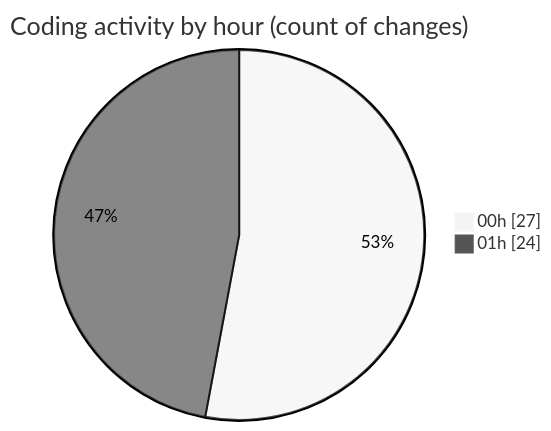
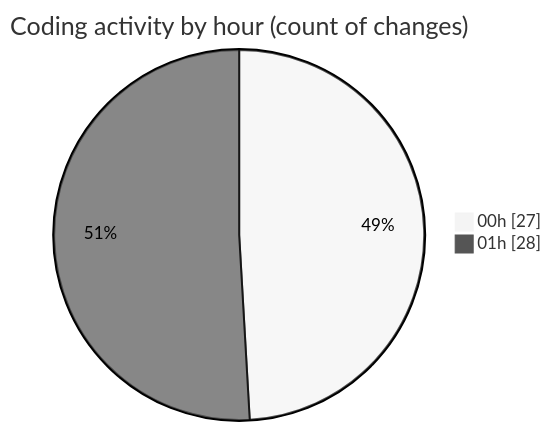
Before and after one commit to lephambinh05/code-tracking: the second of 2 diagrams in 2025-09-03/quytuthien_vn/README.md, drawn with Mermaid (neutral theme). The commit also changed other lines of this file and 1 other file, not shown here.

````diff
--- a/2025-09-03/quytuthien_vn/README.md
+++ b/2025-09-03/quytuthien_vn/README.md
@@ -47,6 +47,6 @@
 ```mermaid
 pie showData
 title Coding activity by hour (count of changes)
 "00h" : 27
-"01h" : 24
+"01h" : 28
 ```
````
